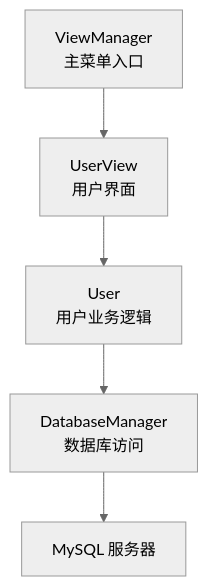
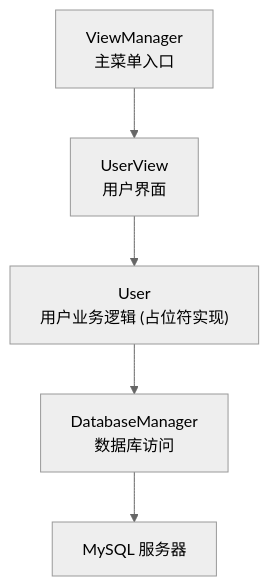
The first of 7 diagrams in .qoder/repowiki/zh/content/核心功能模块/用户功能模块.md (jinpeng900/OJ-Test), drawn with Mermaid (neutral theme) before and after one commit. The commit also changed other lines of this file and 44 other files, not shown here.

````diff
--- a/.qoder/repowiki/zh/content/核心功能模块/用户功能模块.md
+++ b/.qoder/repowiki/zh/content/核心功能模块/用户功能模块.md
@@ -47,7 +55,7 @@
 ```mermaid
 graph TB
 VM["ViewManager<br/>主菜单入口"] --> UV["UserView<br/>用户界面"]
-UV --> U["User<br/>用户业务逻辑"]
+UV --> U["User<br/>用户业务逻辑 (占位符实现)"]
 U --> DB["DatabaseManager<br/>数据库访问"]
 DB --> MySQL["MySQL 服务器"]
 ```
````
